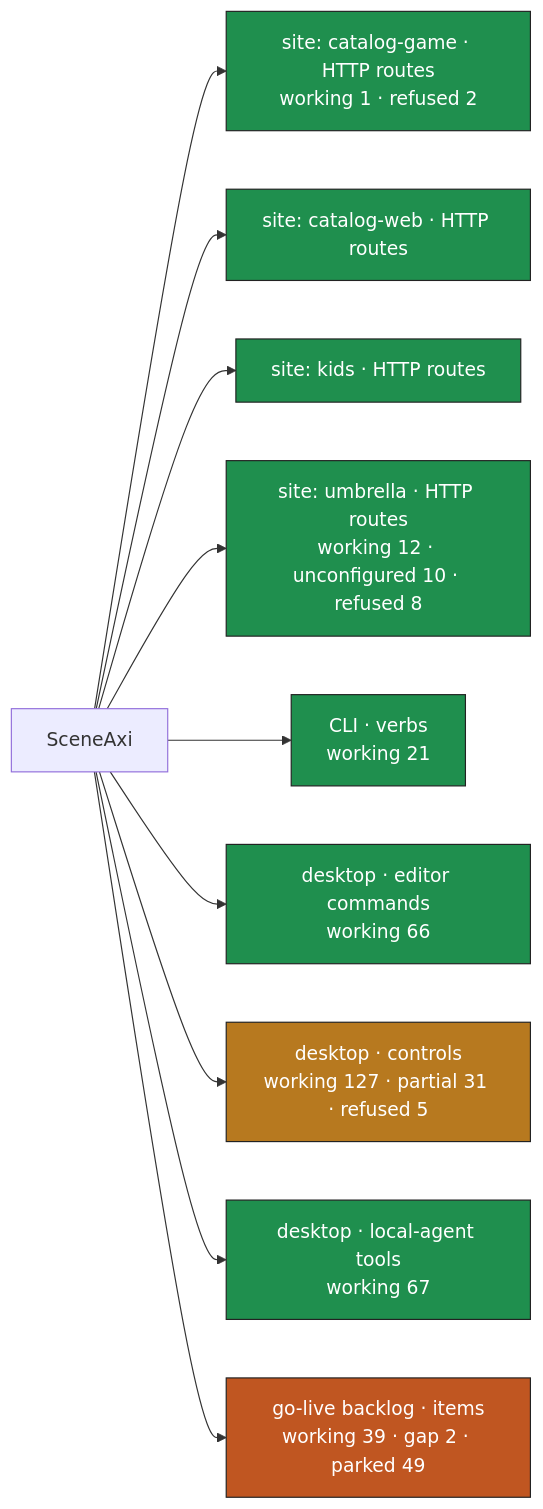
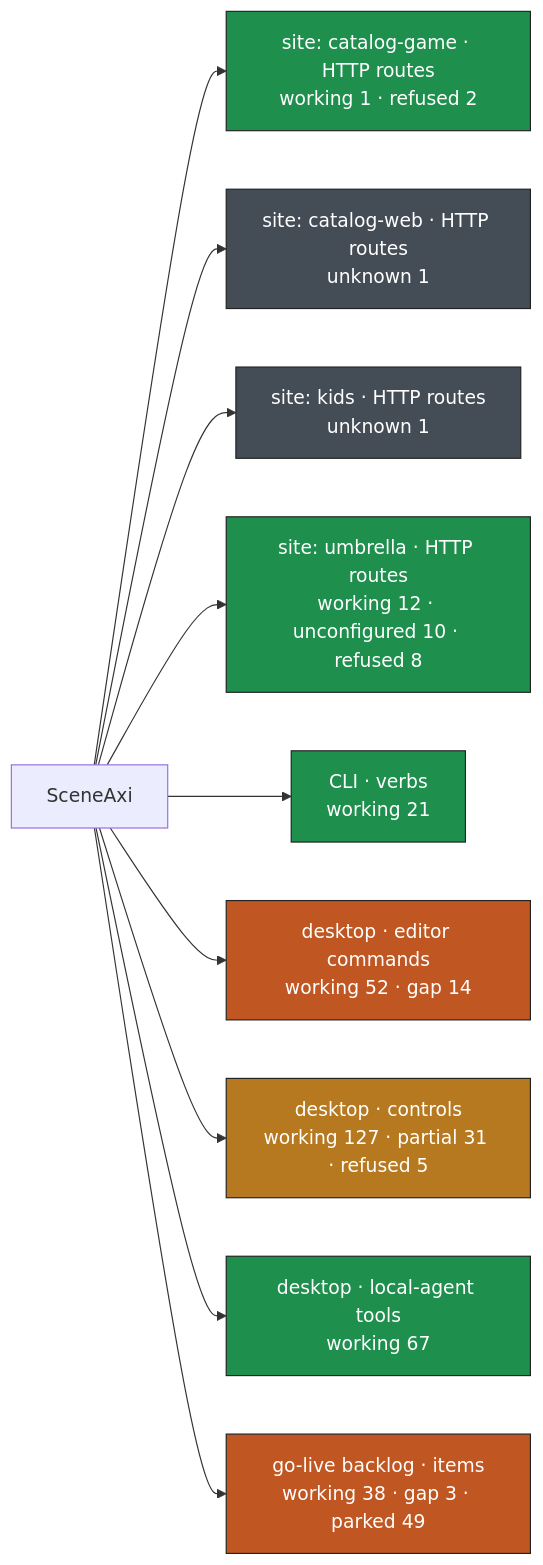
Before and after one commit to Vhailors/sceneaxi: the diagram in docs/audits/surface-map.md, drawn with Mermaid. The commit also changed other lines of this file and 9 other files, not shown here.

````diff
--- a/docs/audits/surface-map.md
+++ b/docs/audits/surface-map.md
@@ -9,30 +9,30 @@
 ```mermaid
 flowchart LR
   SA["SceneAxi"]
   SA --> site__catalog_game_HTTP_routes["site: catalog-game · HTTP routes<br/>working 1 · refused 2"]
   class site__catalog_game_HTTP_routes working
-  SA --> site__catalog_web_HTTP_routes["site: catalog-web · HTTP routes<br/>"]
-  class site__catalog_web_HTTP_routes working
-  SA --> site__kids_HTTP_routes["site: kids · HTTP routes<br/>"]
-  class site__kids_HTTP_routes working
+  SA --> site__catalog_web_HTTP_routes["site: catalog-web · HTTP routes<br/>unknown 1"]
+  class site__catalog_web_HTTP_routes unknown
+  SA --> site__kids_HTTP_routes["site: kids · HTTP routes<br/>unknown 1"]
+  class site__kids_HTTP_routes unknown
   SA --> site__umbrella_HTTP_routes["site: umbrella · HTTP routes<br/>working 12 · unconfigured 10 · refused 8"]
   class site__umbrella_HTTP_routes working
   SA --> CLI_verbs["CLI · verbs<br/>working 21"]
   class CLI_verbs working
-  SA --> desktop_editor_commands["desktop · editor commands<br/>working 66"]
-  class desktop_editor_commands working
+  SA --> desktop_editor_commands["desktop · editor commands<br/>working 52 · gap 14"]
+  class desktop_editor_commands gap
   SA --> desktop_controls["desktop · controls<br/>working 127 · partial 31 · refused 5"]
   class desktop_controls partial
   SA --> desktop_local_agent_tools["desktop · local-agent tools<br/>working 67"]
   class desktop_local_agent_tools working
-  SA --> go_live_backlog_items["go-live backlog · items<br/>working 39 · gap 2 · parked 49"]
+  SA --> go_live_backlog_items["go-live backlog · items<br/>working 38 · gap 3 · parked 49"]
   class go_live_backlog_items gap
   classDef working fill:#1f8f4e,color:#fff,stroke:#222
   classDef partial fill:#b7791f,color:#fff,stroke:#222
   classDef unconfigured fill:#5a6b85,color:#fff,stroke:#222
   classDef refused fill:#6b5aa6,color:#fff,stroke:#222
   classDef gap fill:#c05621,color:#fff,stroke:#222
   classDef parked fill:#8a8f98,color:#fff,stroke:#222
   classDef unknown fill:#444c56,color:#fff,stroke:#222
   classDef broken fill:#c53030,color:#fff,stroke:#222
 ```
````
